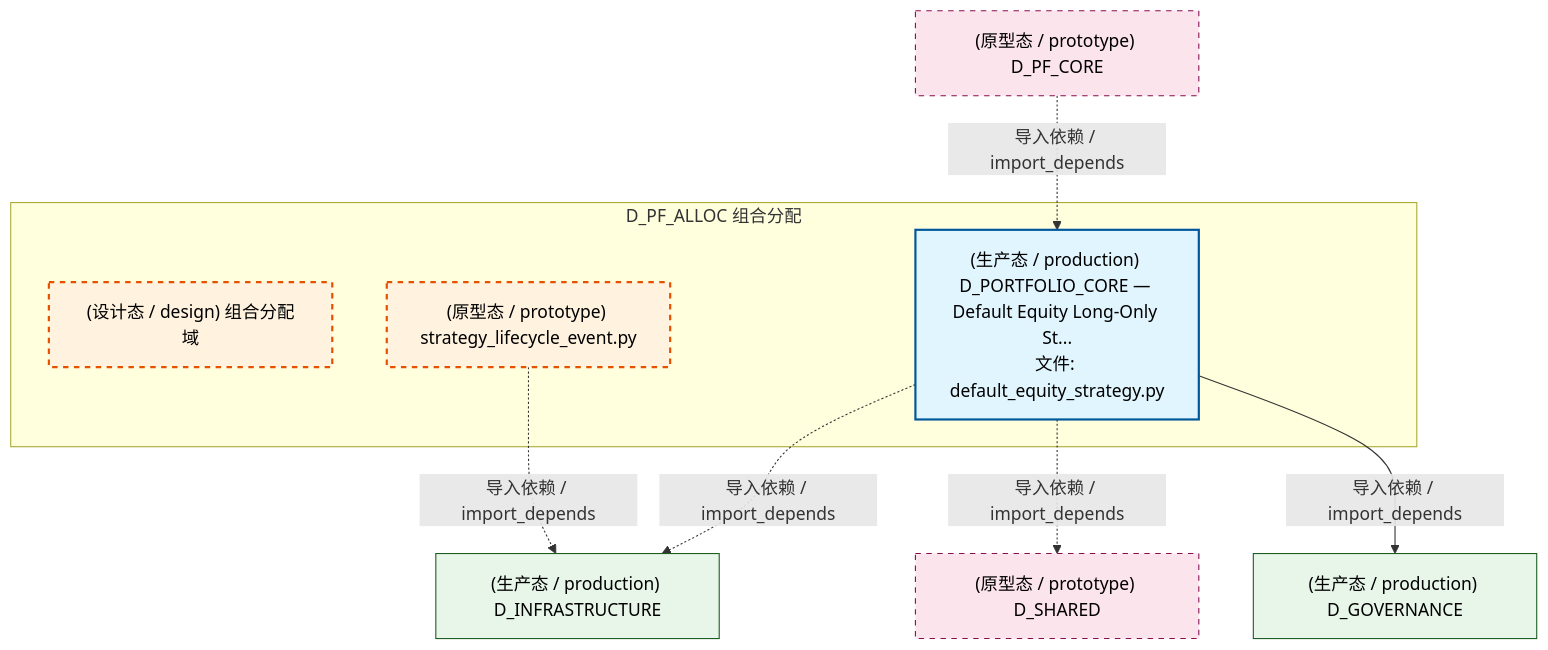
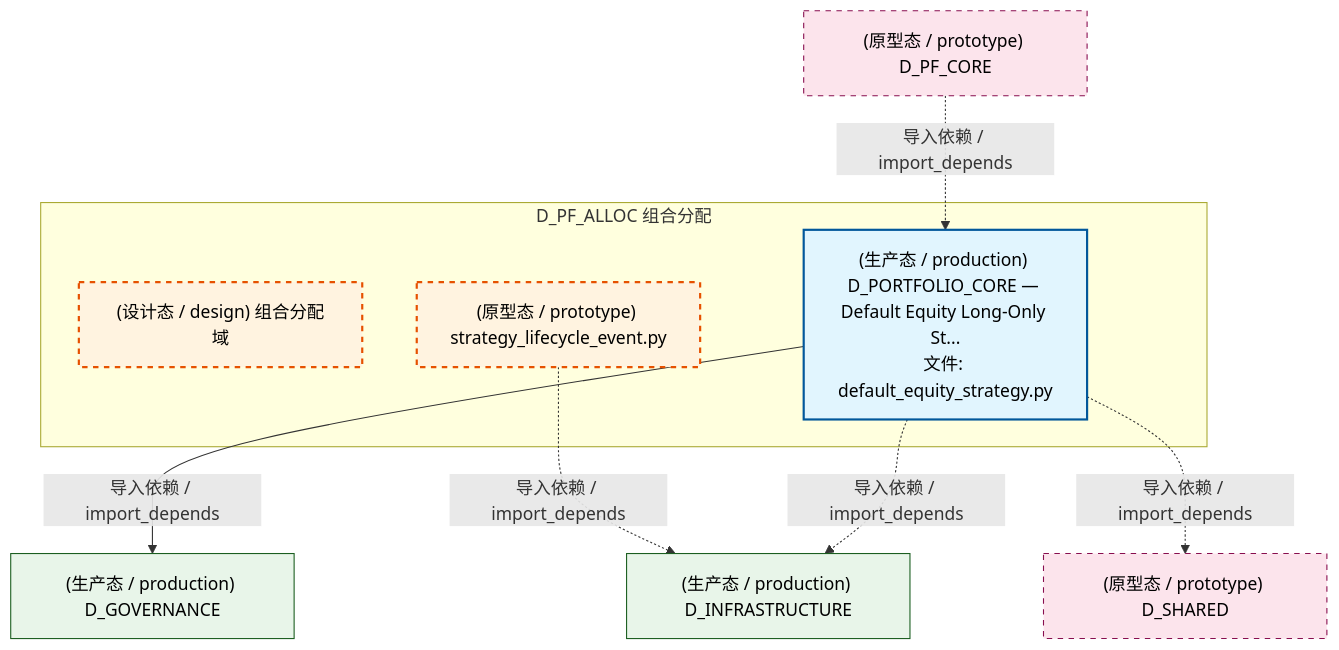
The first of 5 diagrams in docs/02_enterprise_architecture/02_domain_architecture_docs/51_d_pf_alloc.md (xuanFelixVan/ZephyrAlpha), drawn with Mermaid before and after one commit. The commit also changed other lines of this file and 98 other files, not shown here.

````diff
--- a/docs/02_enterprise_architecture/02_domain_architecture_docs/51_d_pf_alloc.md
+++ b/docs/02_enterprise_architecture/02_domain_architecture_docs/51_d_pf_alloc.md
@@ -70,25 +70,25 @@
 ```mermaid
 graph TD
     subgraph D_PF_ALLOC["D_PF_ALLOC 组合分配"]
         src_zephyr_pf_alloc["(设计态 / design) 组合分配域"]
         src_zephyr_pf_alloc_strategy_lifecycle_event_py["(原型态 / prototype) strategy_lifecycle_event.py"]
         src_zephyr_pf_core_default_equity_strategy_py["(生产态 / production) D_PORTFOLIO_CORE — Default Equity Long-Only St...<br/>文件: default_equity_strategy.py"]
     end
     D_INFRASTRUCTURE["(生产态 / production) D_INFRASTRUCTURE"]
     src_zephyr_pf_alloc_strategy_lifecycle_event_py -.->|导入依赖 / import_depends| D_INFRASTRUCTURE
+    D_GOVERNANCE["(生产态 / production) D_GOVERNANCE"]
+    src_zephyr_pf_core_default_equity_strategy_py -->|导入依赖 / import_depends| D_GOVERNANCE
     src_zephyr_pf_core_default_equity_strategy_py -.->|导入依赖 / import_depends| D_INFRASTRUCTURE
     D_SHARED["(原型态 / prototype) D_SHARED"]
     src_zephyr_pf_core_default_equity_strategy_py -.->|导入依赖 / import_depends| D_SHARED
-    D_GOVERNANCE["(生产态 / production) D_GOVERNANCE"]
-    src_zephyr_pf_core_default_equity_strategy_py -->|导入依赖 / import_depends| D_GOVERNANCE
     D_PF_CORE["(原型态 / prototype) D_PF_CORE"]
     D_PF_CORE -.->|导入依赖 / import_depends| src_zephyr_pf_core_default_equity_strategy_py
     classDef production fill:#e1f5fe,stroke:#01579b,stroke-width:2px,color:#000
     classDef design fill:#fff3e0,stroke:#e65100,stroke-width:2px,color:#000,stroke-dasharray: 5 5
     classDef external_prod fill:#e8f5e9,stroke:#1b5e20,stroke-width:1px,color:#000
     classDef external_design fill:#fce4ec,stroke:#880e4f,stroke-width:1px,color:#000,stroke-dasharray: 5 5
     class src_zephyr_pf_core_default_equity_strategy_py production
     class src_zephyr_pf_alloc,src_zephyr_pf_alloc_strategy_lifecycle_event_py design
     class D_INFRASTRUCTURE,D_GOVERNANCE external_prod
     class D_SHARED,D_PF_CORE external_design
 ```
````
